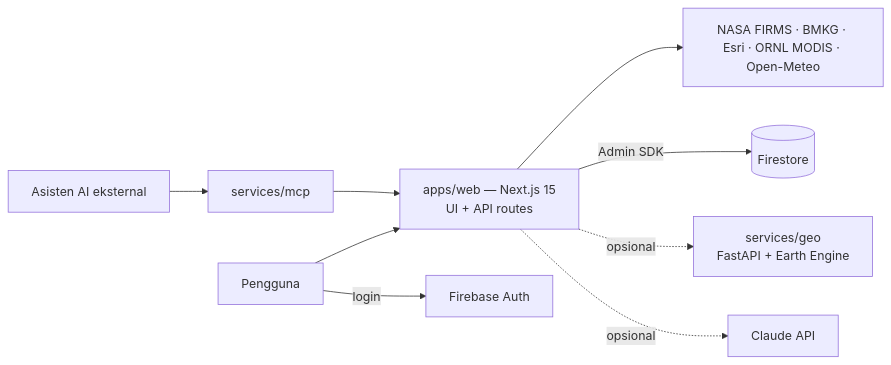
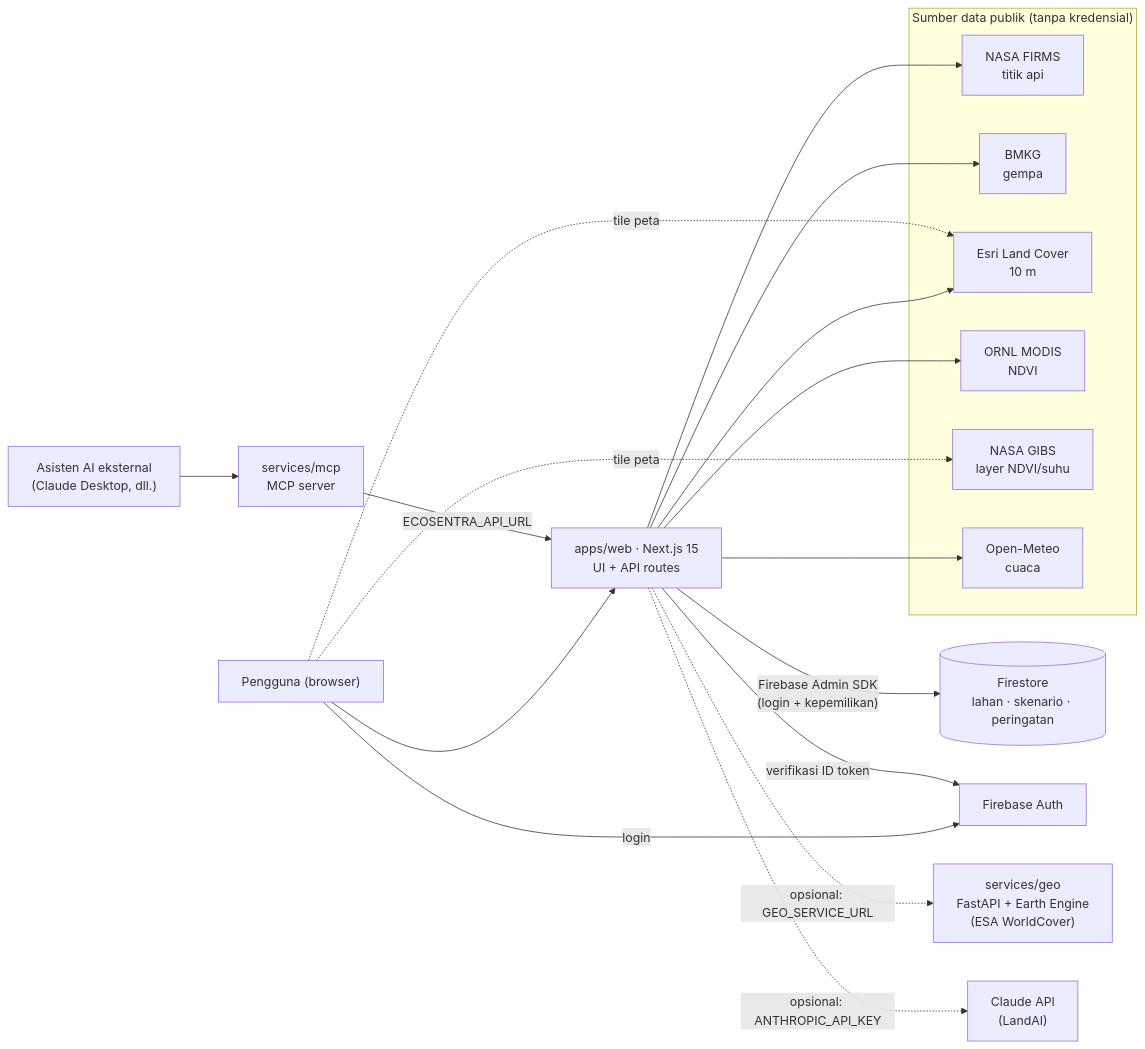
The diagram in README.md (PashaAkrilian/Ecosentra), drawn with Mermaid before and after one commit. The commit also changed other lines of this file, not shown here.

````diff
--- a/README.md
+++ b/README.md
@@ -51,10 +1091,25 @@
 ```mermaid
 flowchart LR
-    User["Pengguna"] --> Web["apps/web — Next.js 15\nUI + API routes"]
-    Web --> Public["NASA FIRMS · BMKG · Esri · ORNL MODIS · Open-Meteo"]
-    Web -->|"Admin SDK"| FS[("Firestore")]
-    User -->|"login"| Auth["Firebase Auth"]
-    Web -.->|"opsional"| Geo["services/geo\nFastAPI + Earth Engine"]
-    Web -.->|"opsional"| Claude["Claude API"]
-    AI["Asisten AI eksternal"] --> MCP["services/mcp"] --> Web
+    User["Pengguna (browser)"] --> Web["apps/web · Next.js 15<br/>UI + API routes"]
+
+    subgraph Publik["Sumber data publik (tanpa kredensial)"]
+        FIRMS["NASA FIRMS<br/>titik api"]
+        BMKG["BMKG<br/>gempa"]
+        ESRI["Esri Land Cover<br/>10 m"]
+        ORNL["ORNL MODIS<br/>NDVI"]
+        GIBS["NASA GIBS<br/>layer NDVI/suhu"]
+        OM["Open-Meteo<br/>cuaca"]
+    end
+
+    Web --> FIRMS & BMKG & ESRI & ORNL & OM
+    User -. "tile peta" .-> GIBS & ESRI
+
+    Web -->|"Firebase Admin SDK<br/>(login + kepemilikan)"| FS[("Firestore<br/>lahan · skenario · peringatan")]
+    User -->|"login"| FA["Firebase Auth"]
+    Web -->|"verifikasi ID token"| FA
+
+    Web -.->|"opsional: GEO_SERVICE_URL"| Geo["services/geo<br/>FastAPI + Earth Engine<br/>(ESA WorldCover)"]
+    Web -.->|"opsional: ANTHROPIC_API_KEY"| Claude["Claude API<br/>(LandAI)"]
+    MCP["services/mcp<br/>MCP server"] -->|"ECOSENTRA_API_URL"| Web
+    AI["Asisten AI eksternal<br/>(Claude Desktop, dll.)"] --> MCP
 ```
````
